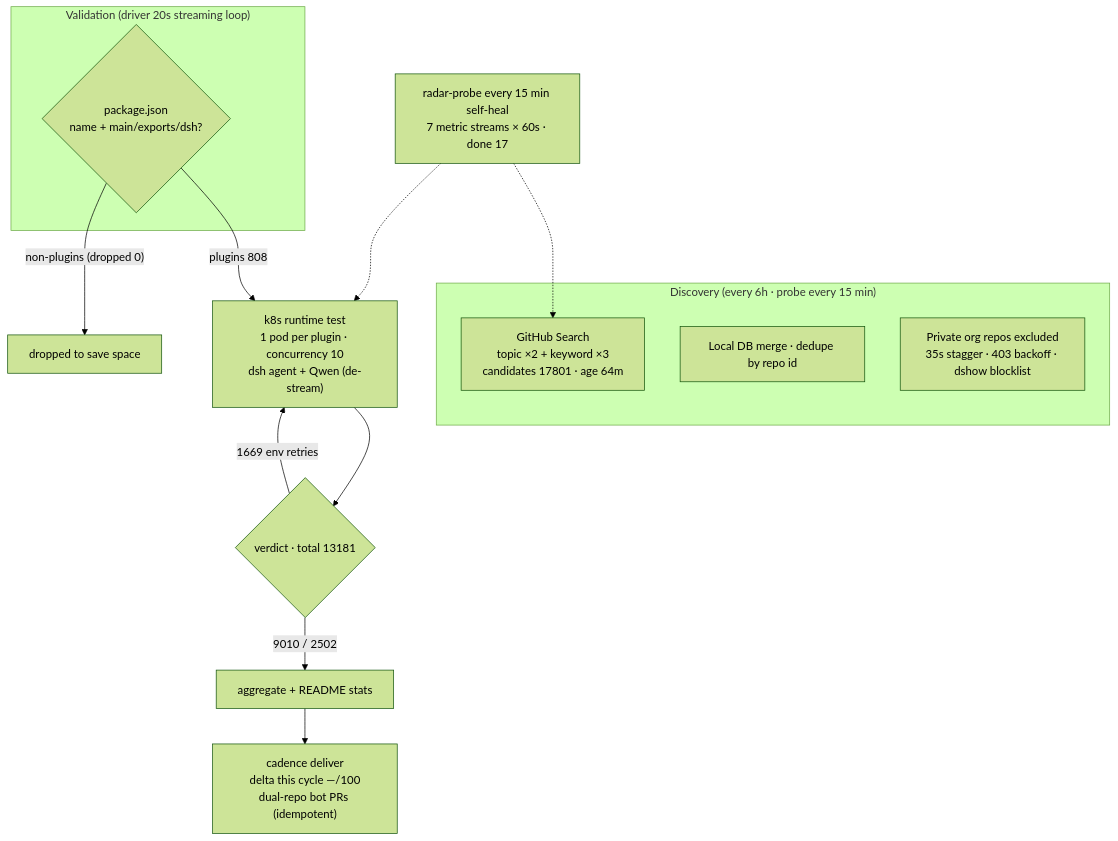
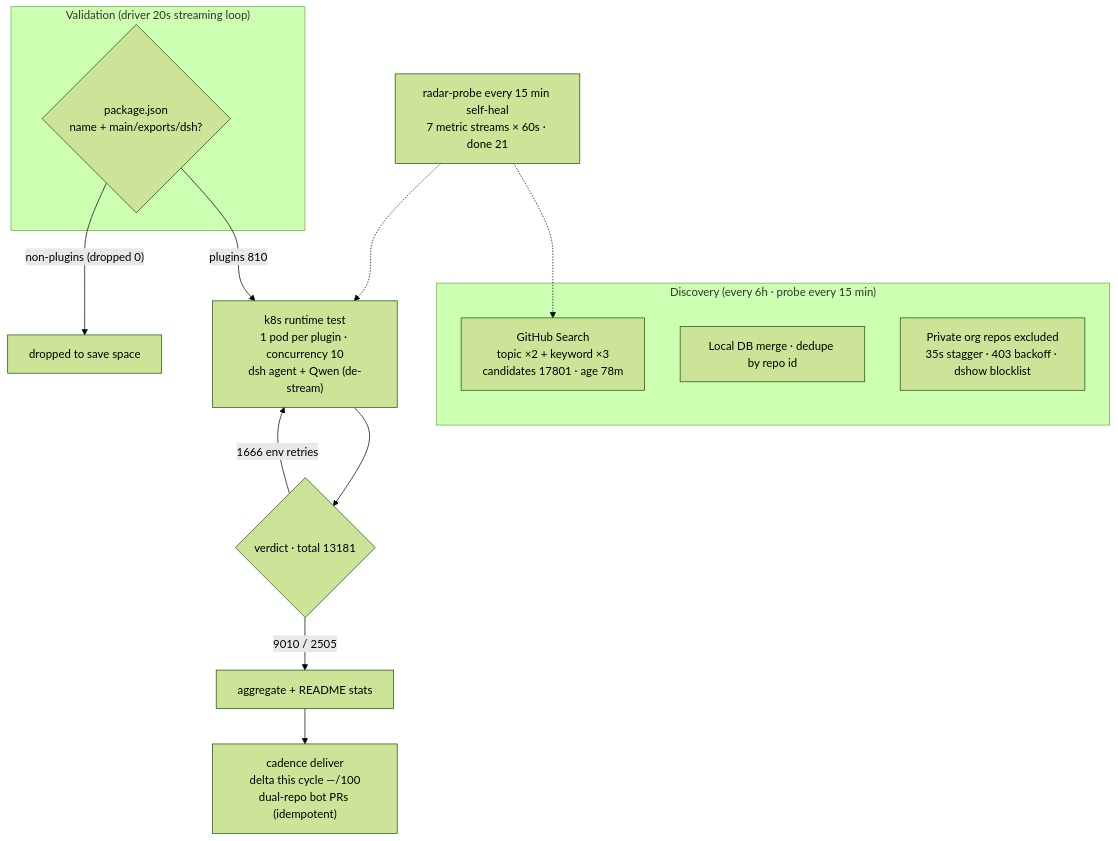
Before and after one commit to AdamPlatin123/awesome-dsh-plugins: the diagram in README.en-US.md, drawn with Mermaid (forest theme). The commit also changed other lines of this file and 5 other files, not shown here.

````diff
--- a/README.en-US.md
+++ b/README.en-US.md
@@ -45,20 +45,20 @@
 ```mermaid
 flowchart TB
     subgraph Discovery["Discovery (every 6h · probe every 15 min)"]
-        A1["GitHub Search<br/>topic ×2 + keyword ×3<br/>candidates 17801 · age 64m"]
+        A1["GitHub Search<br/>topic ×2 + keyword ×3<br/>candidates 17801 · age 78m"]
         A2["Local DB merge · dedupe by repo id"]
         A3["Private org repos excluded<br/>35s stagger · 403 backoff · dshow blocklist"]
     end
     subgraph Validation["Validation (driver 20s streaming loop)"]
         B1{"package.json<br/>name + main/exports/dsh?"}
     end
-    B1 -->|"plugins 808"| C1["k8s runtime test<br/>1 pod per plugin · concurrency 10<br/>dsh agent + Qwen (de-stream)"]
+    B1 -->|"plugins 810"| C1["k8s runtime test<br/>1 pod per plugin · concurrency 10<br/>dsh agent + Qwen (de-stream)"]
     B1 -->|"non-plugins (dropped 0)"| B3["dropped to save space"]
     C1 --> D1{"verdict · total 13181"}
-    D1 -->|"9010 / 2502"| E1["aggregate + README stats"]
-    D1 -->|"1669 env retries"| C1
+    D1 -->|"9010 / 2505"| E1["aggregate + README stats"]
+    D1 -->|"1666 env retries"| C1
     E1 --> E2["cadence deliver<br/>delta this cycle —/100<br/>dual-repo bot PRs (idempotent)"]
-    M["radar-probe every 15 min self-heal<br/>7 metric streams × 60s · done 17"]
+    M["radar-probe every 15 min self-heal<br/>7 metric streams × 60s · done 21"]
     M -.-> A1
     M -.-> C1
 ```
````
